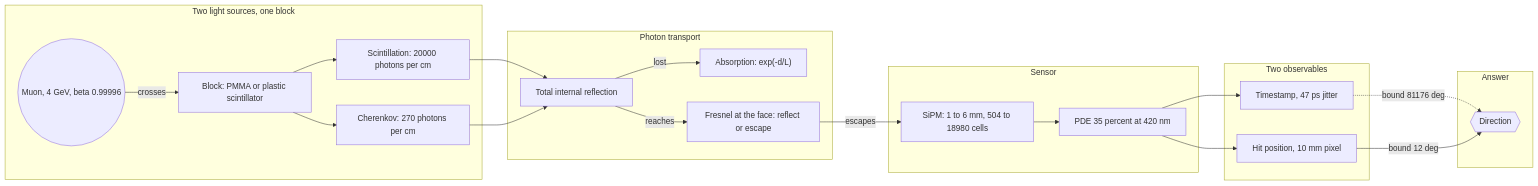
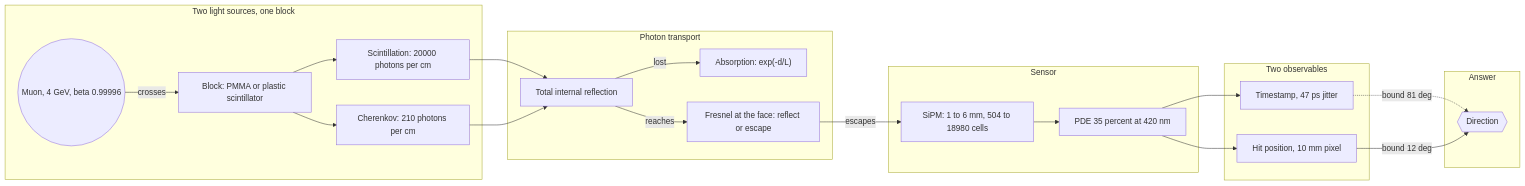
Before and after one commit to oskuhansson/CanLab: the first of 2 diagrams in docs/muon/README.md, drawn with Mermaid. The commit also changed other lines of this file and 13 other files, not shown here.

````diff
--- a/docs/muon/README.md
+++ b/docs/muon/README.md
@@ -37,38 +39,38 @@
 ```mermaid
 flowchart LR
     subgraph SRC["Two light sources, one block"]
         MUON(("Muon, 4 GeV, beta 0.99996"))
         MAT["Block: PMMA or plastic scintillator"]
         SCINT["Scintillation: 20000 photons per cm"]
-        CHER["Cherenkov: 270 photons per cm"]
+        CHER["Cherenkov: 210 photons per cm"]
     end
     subgraph OPT["Photon transport"]
         TIR["Total internal reflection"]
         ABS["Absorption: exp(-d/L)"]
         FACE["Fresnel at the face: reflect or escape"]
     end
     subgraph DET["Sensor"]
         SIPM["SiPM: 1 to 6 mm, 504 to 18980 cells"]
         PDE["PDE 35 percent at 420 nm"]
     end
     subgraph OBS["Two observables"]
         TIME["Timestamp, 47 ps jitter"]
         POS["Hit position, 10 mm pixel"]
     end
     subgraph ANS["Answer"]
         DIR{{"Direction"}}
     end
     MUON -->|"crosses"| MAT
     MAT --> SCINT
     MAT --> CHER
     SCINT --> TIR
     CHER --> TIR
     TIR -->|"lost"| ABS
     TIR -->|"reaches"| FACE
     FACE -->|"escapes"| SIPM
     SIPM --> PDE
     PDE --> TIME
     PDE --> POS
-    TIME -.->|"bound 81176 deg"| DIR
+    TIME -.->|"bound 81 deg"| DIR
     POS -->|"bound 12 deg"| DIR
 ```
````
